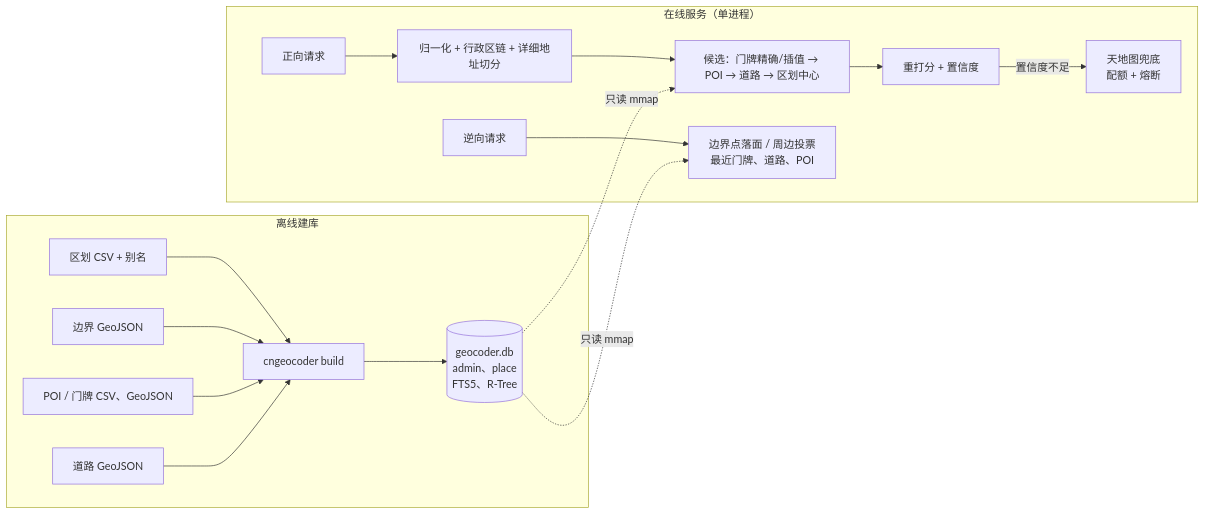
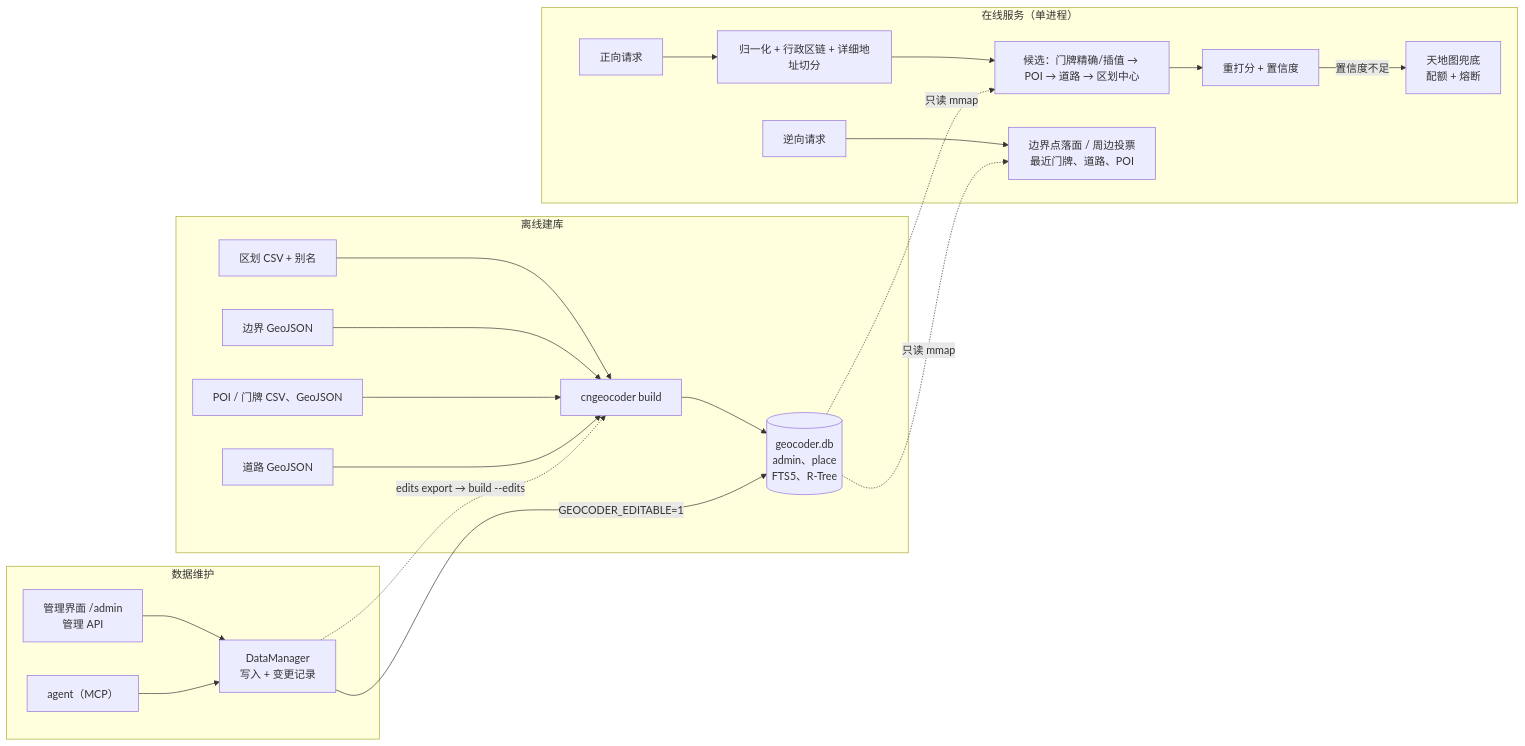
The diagram in README.md (GeoVerseLabs/geoverse-cn-coding), drawn with Mermaid before and after one commit. The commit also changed other lines of this file and 8 other files, not shown here.

````diff
--- a/README.md
+++ b/README.md
@@ -40,19 +42,25 @@
 ```mermaid
 flowchart LR
   subgraph offline["离线建库"]
     A["区划 CSV + 别名"] --> B["cngeocoder build"]
     C["边界 GeoJSON"] --> B
     D["POI / 门牌 CSV、GeoJSON"] --> B
     E["道路 GeoJSON"] --> B
     B --> F[("geocoder.db<br/>admin、place<br/>FTS5、R-Tree")]
   end
   subgraph online["在线服务（单进程）"]
     Q1["正向请求"] --> P["归一化 + 行政区链 + 详细地址切分"]
     P --> G["候选：门牌精确/插值 → POI → 道路 → 区划中心"]
     G --> S["重打分 + 置信度"]
     S -->|"置信度不足"| T["天地图兜底<br/>配额 + 熔断"]
     Q2["逆向请求"] --> R["边界点落面 / 周边投票<br/>最近门牌、道路、POI"]
   end
+  subgraph manage["数据维护"]
+    U["管理界面 /admin<br/>管理 API"] --> M["DataManager<br/>写入 + 变更记录"]
+    AG["agent（MCP）"] --> M
+  end
   F -.->|"只读 mmap"| G
   F -.->|"只读 mmap"| R
+  M -->|"GEOCODER_EDITABLE=1"| F
+  M -.->|"edits export → build --edits"| B
 ```
````
